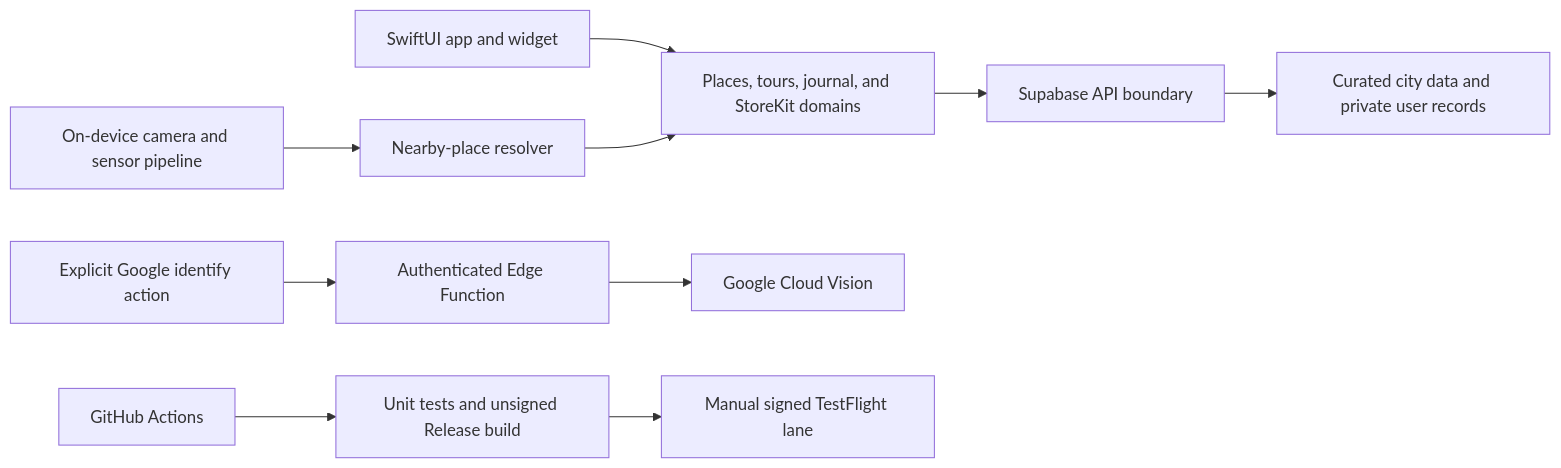
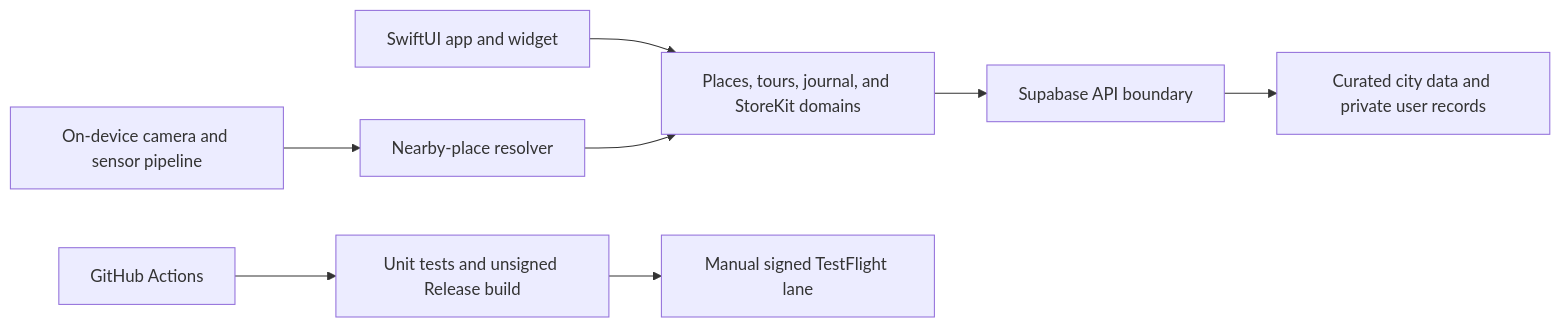
One commit to erickdronski/lore-ios changed the diagram in README.md. Above: the diagram before and after it, drawn with Mermaid. The commit also changed other lines of this file and 2 other files, not shown here.

````diff
--- a/README.md
+++ b/README.md
@@ -45,12 +44,10 @@
 ```mermaid
 flowchart LR
     UI["SwiftUI app and widget"] --> Domain["Places, tours, journal, and StoreKit domains"]
     Scanner["On-device camera and sensor pipeline"] --> Resolver["Nearby-place resolver"]
     Resolver --> Domain
-    Confirm["Explicit Google identify action"] --> Edge["Authenticated Edge Function"]
-    Edge --> Vision["Google Cloud Vision"]
     Domain --> API["Supabase API boundary"]
     API --> Data["Curated city data and private user records"]
     Actions["GitHub Actions"] --> Tests["Unit tests and unsigned Release build"]
     Tests --> Release["Manual signed TestFlight lane"]
 ```
````
